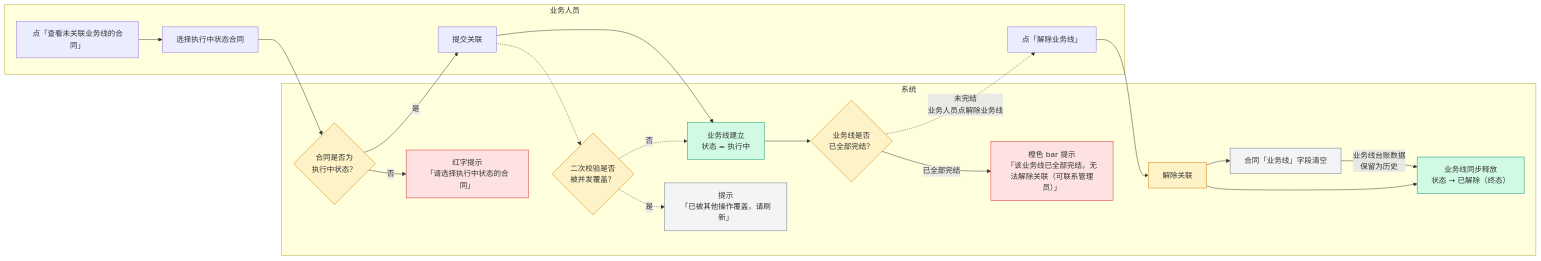
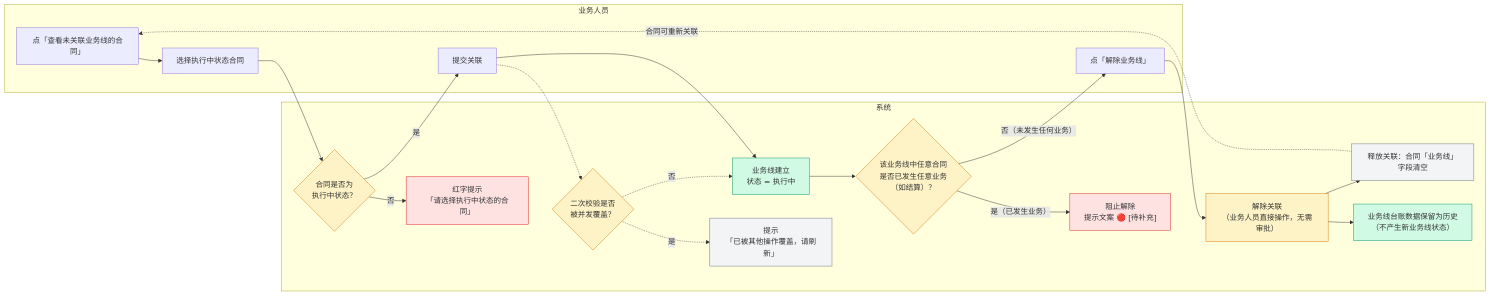
One commit to Ummyue/gyt-admin changed the fourth of 7 diagrams in docs-v2/02.06-业务线管理.md. Above: the diagram before and after it, drawn with Mermaid. The commit also changed other lines of this file and 40 other files, not shown here.

````diff
--- a/docs-v2/02.06-业务线管理.md
+++ b/docs-v2/02.06-业务线管理.md
@@ -244,47 +275,47 @@
 ```mermaid
 flowchart LR
     subgraph BIZ["业务人员"]
         b1["点「查看未关联业务线的合同」"]
         b2["选择执行中状态合同"]
         b3["提交关联"]
         b4["点「解除业务线」"]
     end
 
     subgraph SYS["系统"]
         s1{"合同是否为<br/>执行中状态？"}
         s2["红字提示<br/>「请选择执行中状态的合同」"]
         s3["业务线建立<br/>状态 = 执行中"]
-        s4{"业务线是否<br/>已全部完结？"}
-        s5["橙色 bar 提示<br/>「该业务线已全部完结，无法解除关联（可联系管理员）」"]
-        s6["解除关联"]
-        s7["合同「业务线」字段清空"]
-        s8["业务线同步释放<br/>状态 → 已解除（终态）"]
+        s4{"该业务线中任意合同<br/>是否已发生任意业务<br/>（如结算）？"}
+        s5["阻止解除<br/>提示文案 🔴 [待补充]"]
+        s6["解除关联<br/>（业务人员直接操作，无需审批）"]
+        s7["释放关联：合同「业务线」字段清空"]
+        s8["业务线台账数据保留为历史<br/>（不产生新业务线状态）"]
         s9{"二次校验是否<br/>被并发覆盖？"}
         s10["提示<br/>「已被其他操作覆盖，请刷新」"]
     end
 
     b1 --> b2
     b2 --> s1
     s1 -->|"否"| s2
     s1 -->|"是"| b3
     b3 --> s3
     b3 -.-> s9
     s9 -.->|"是"| s10
     s9 -.->|"否"| s3
     s3 --> s4
-    s4 -->|"已全部完结"| s5
-    s4 -.->|"未完结<br/>业务人员点解除业务线"| b4
+    s4 -->|"是（已发生业务）"| s5
+    s4 -->|"否（未发生任何业务）"| b4
     b4 --> s6
     s6 --> s7
     s6 --> s8
-    s7 -->|"业务线台账数据<br/>保留为历史"| s8
+    s7 -.->|"合同可重新关联"| b1
 
     classDef done fill:#d1fae5,stroke:#059669
     classDef danger fill:#fee2e2,stroke:#dc2626
     classDef todo fill:#fef3c7,stroke:#d97706
     classDef end_x fill:#f3f4f6,stroke:#6b7280
     class s3,s8 done
     class s2,s5 danger
     class s1,s4,s6,s9 todo
     class s7,s10 end_x
 ```
````
